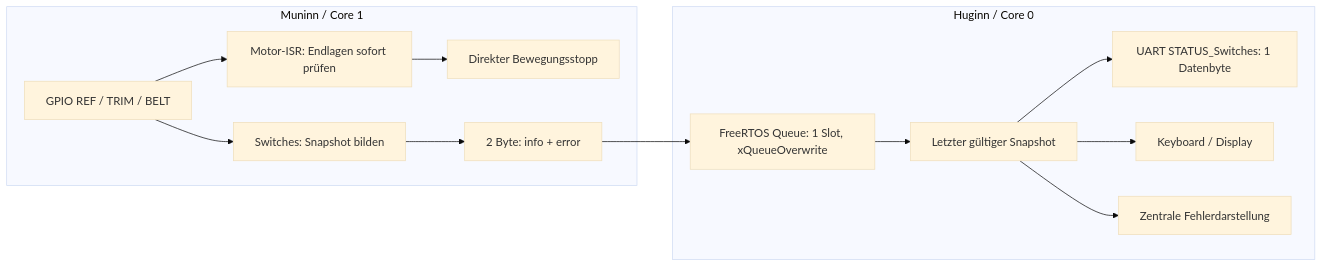
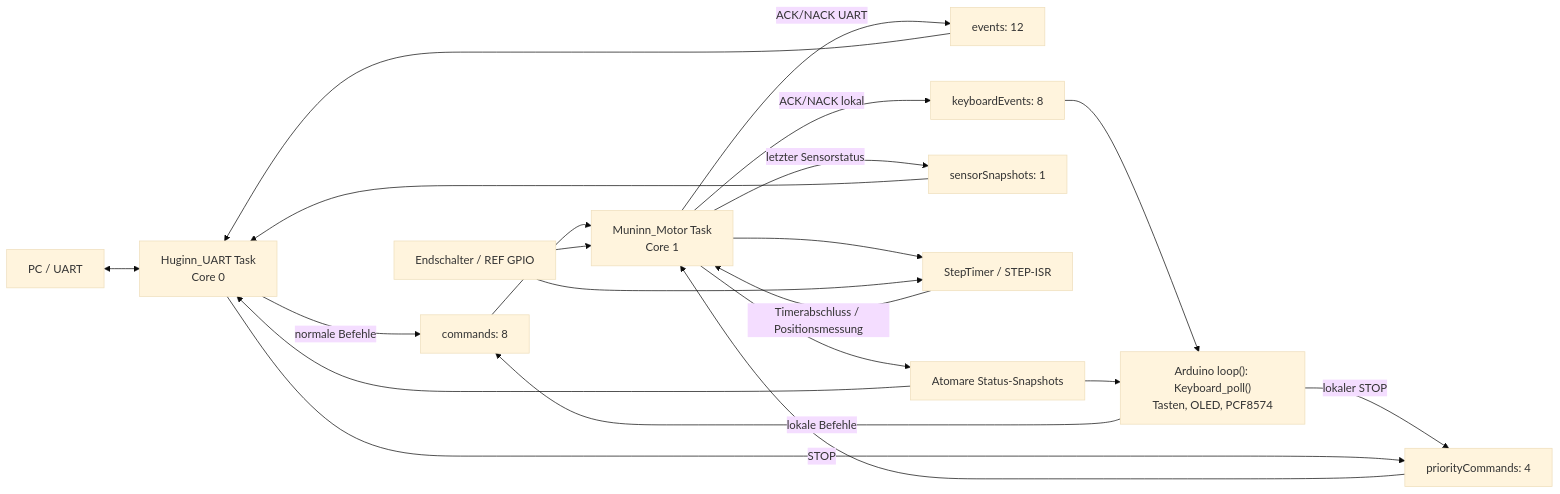
The first of 3 diagrams in FY_ESP32/docs/SYSTEM_ARCHITECTURE.md (ErikaB-sys/Fiddle_yard_UVB), drawn with Mermaid (base theme) before and after one commit. The commit also changed other lines of this file, not shown here.

````diff
--- a/FY_ESP32/docs/SYSTEM_ARCHITECTURE.md
+++ b/FY_ESP32/docs/SYSTEM_ARCHITECTURE.md
@@ -53,16 +7,23 @@
 ```mermaid
 flowchart LR
-    subgraph M["Muninn / Core 1"]
-      GPIO["GPIO REF / TRIM / BELT"] --> ISR["Motor-ISR: Endlagen sofort prüfen"]
-      GPIO --> SW["Switches: Snapshot bilden"]
-      ISR --> STOP["Direkter Bewegungsstopp"]
-      SW --> SNAP["2 Byte: info + error"]
-    end
-    SNAP --> MAIL["FreeRTOS Queue: 1 Slot, xQueueOverwrite"]
-    subgraph H["Huginn / Core 0"]
-      MAIL --> CACHE["Letzter gültiger Snapshot"]
-      CACHE --> UART["UART STATUS_Switches: 1 Datenbyte"]
-      CACHE --> OLED["Keyboard / Display"]
-      CACHE --> ERR["Zentrale Fehlerdarstellung"]
-    end
+    PC["PC / UART"] <--> HU["Huginn_UART Task<br/>Core 0"]
+    KB["Arduino loop(): Keyboard_poll()<br/>Tasten, OLED, PCF8574"] -->|lokale Befehle| CQ
+    KB -->|lokaler STOP| PQ
+    HU -->|normale Befehle| CQ["commands: 8"]
+    HU -->|STOP| PQ["priorityCommands: 4"]
+    CQ --> MU["Muninn_Motor Task<br/>Core 1"]
+    PQ --> MU
+    MU -->|ACK/NACK UART| EV["events: 12"]
+    EV --> HU
+    MU -->|ACK/NACK lokal| KE["keyboardEvents: 8"]
+    KE --> KB
+    MU -->|letzter Sensorstatus| SS["sensorSnapshots: 1"]
+    SS --> HU
+    MU --> ST["StepTimer / STEP-ISR"]
+    ST -->|Timerabschluss / Positionsmessung| MU
+    GPIO["Endschalter / REF GPIO"] --> ST
+    GPIO --> MU
+    MU --> SNAP["Atomare Status-Snapshots"]
+    SNAP --> HU
+    SNAP --> KB
 ```
````
